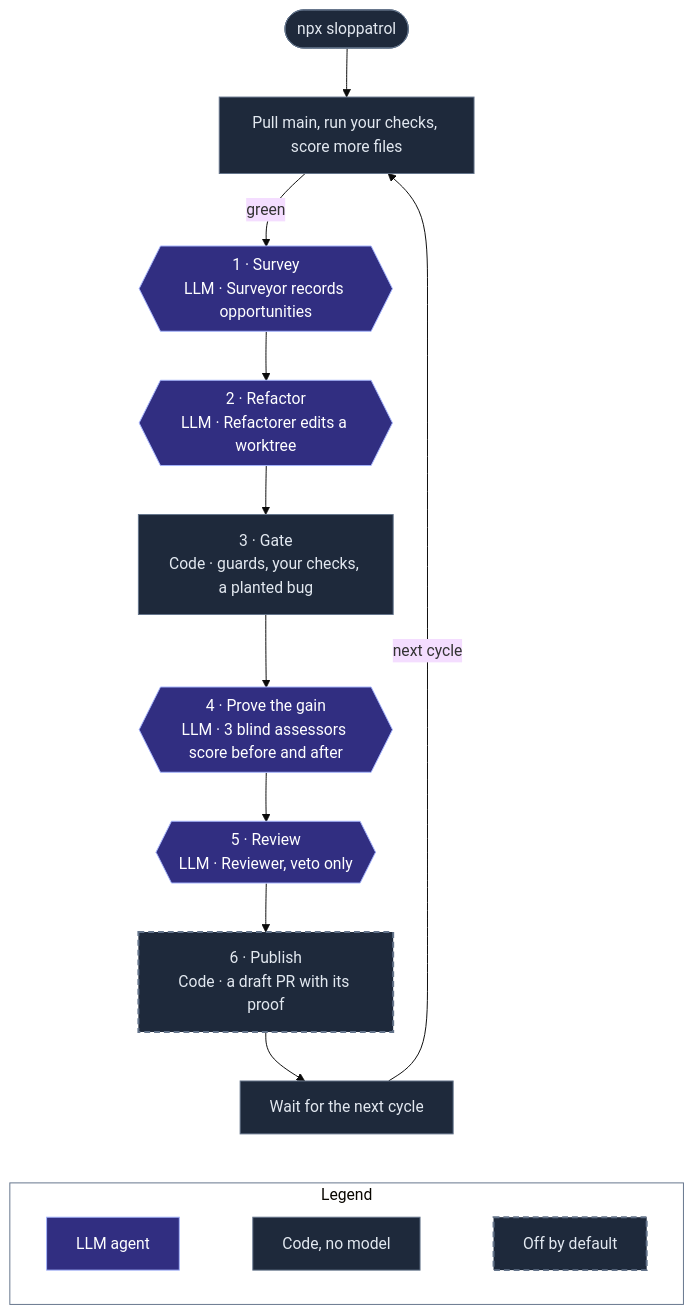
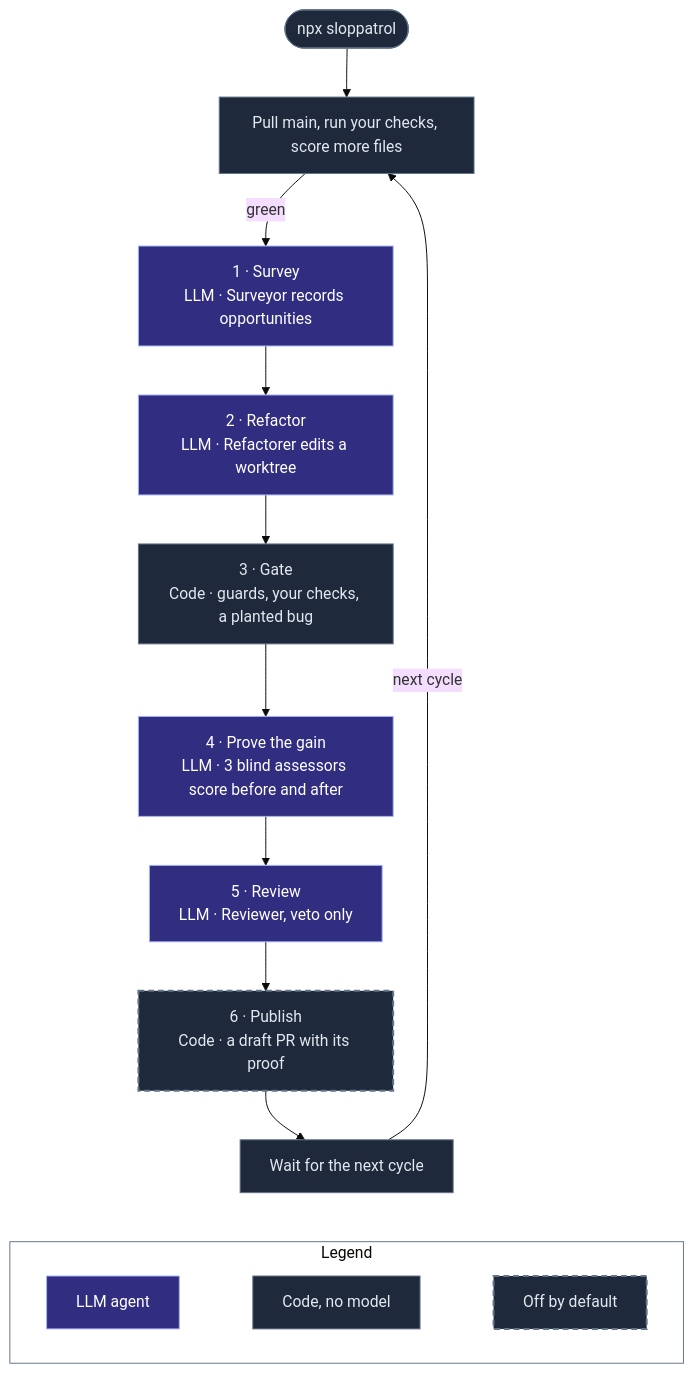
Before and after one commit to agent-labs-dev/sloppatrol: the diagram in README.md, drawn with Mermaid (base theme). The commit also changed 1 other file, not shown here.

Commit message:
docs: draw the cycle with rectangles, so the diagram stays short

````diff
--- a/README.md
+++ b/README.md
@@ -29,26 +29,26 @@
 ```mermaid
 flowchart TB
   start(["npx sloppatrol"]) --> pull["Pull main, run your checks, score more files"]
-  pull -->|green| survey{{"1 · Survey<br/>LLM · Surveyor records opportunities"}}
-  survey --> refactor{{"2 · Refactor<br/>LLM · Refactorer edits a worktree"}}
+  pull -->|green| survey["1 · Survey<br/>LLM · Surveyor records opportunities"]
+  survey --> refactor["2 · Refactor<br/>LLM · Refactorer edits a worktree"]
   refactor --> gate["3 · Gate<br/>Code · guards, your checks, a planted bug"]
-  gate --> assess{{"4 · Prove the gain<br/>LLM · 3 blind assessors score before and after"}}
-  assess --> review{{"5 · Review<br/>LLM · Reviewer, veto only"}}
+  gate --> assess["4 · Prove the gain<br/>LLM · 3 blind assessors score before and after"]
+  assess --> review["5 · Review<br/>LLM · Reviewer, veto only"]
   review --> publish["6 · Publish<br/>Code · a draft PR with its proof"]
   publish --> wait["Wait for the next cycle"]
   wait -->|"next cycle"| pull
 
   subgraph legend ["Legend"]
     direction LR
     l1["LLM agent"] ~~~ l3["Code, no model"] ~~~ l4["Off by default"]
   end
   wait ~~~ legend
 
   classDef llm fill:#312e81,stroke:#a5b4fc,color:#ffffff
   classDef code fill:#1e293b,stroke:#64748b,color:#e2e8f0
   classDef opt fill:#1e293b,stroke:#64748b,color:#e2e8f0,stroke-width:2px,stroke-dasharray:6 4
   class survey,refactor,assess,review,l1 llm
   class start,pull,gate,wait,l3 code
   class publish,l4 opt
   style legend fill:transparent,stroke:#64748b
 ```
````
